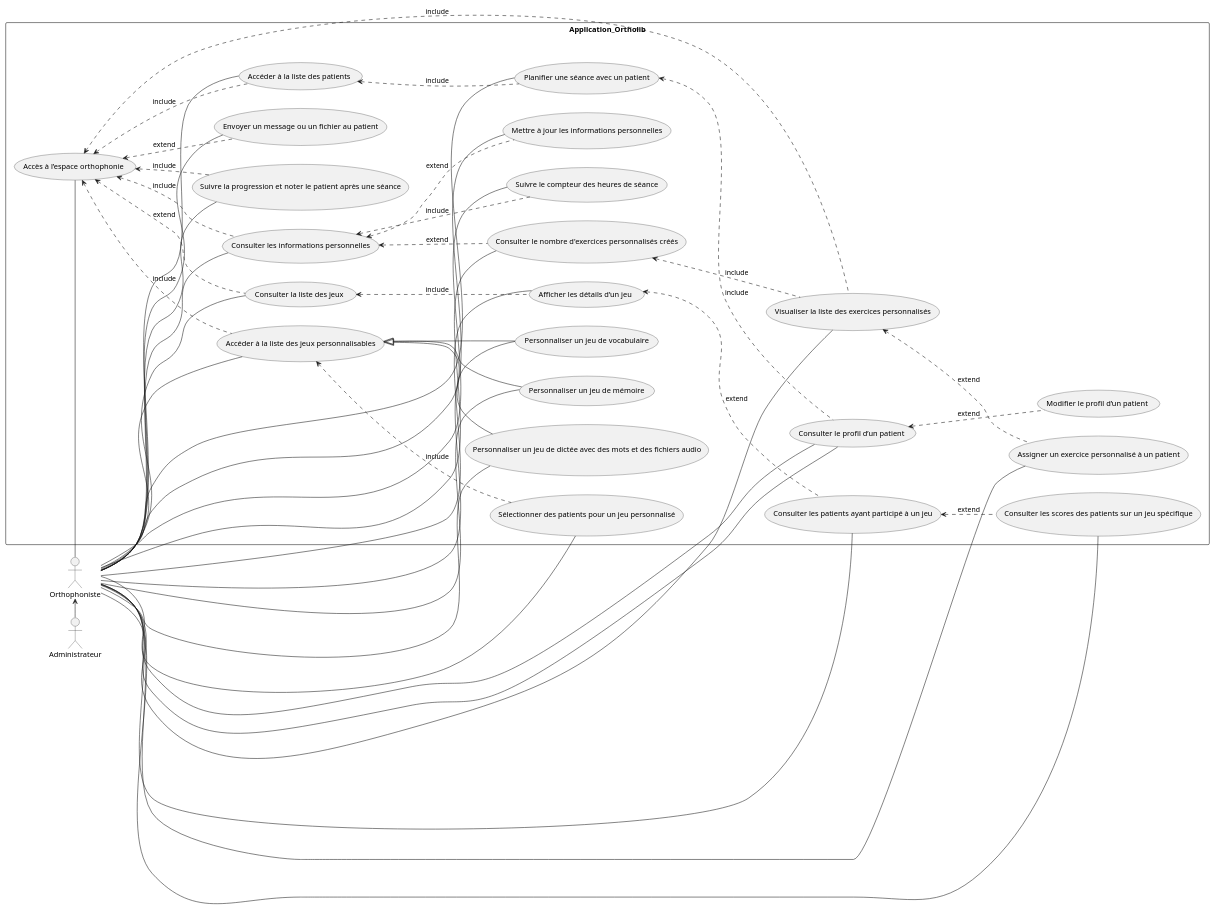
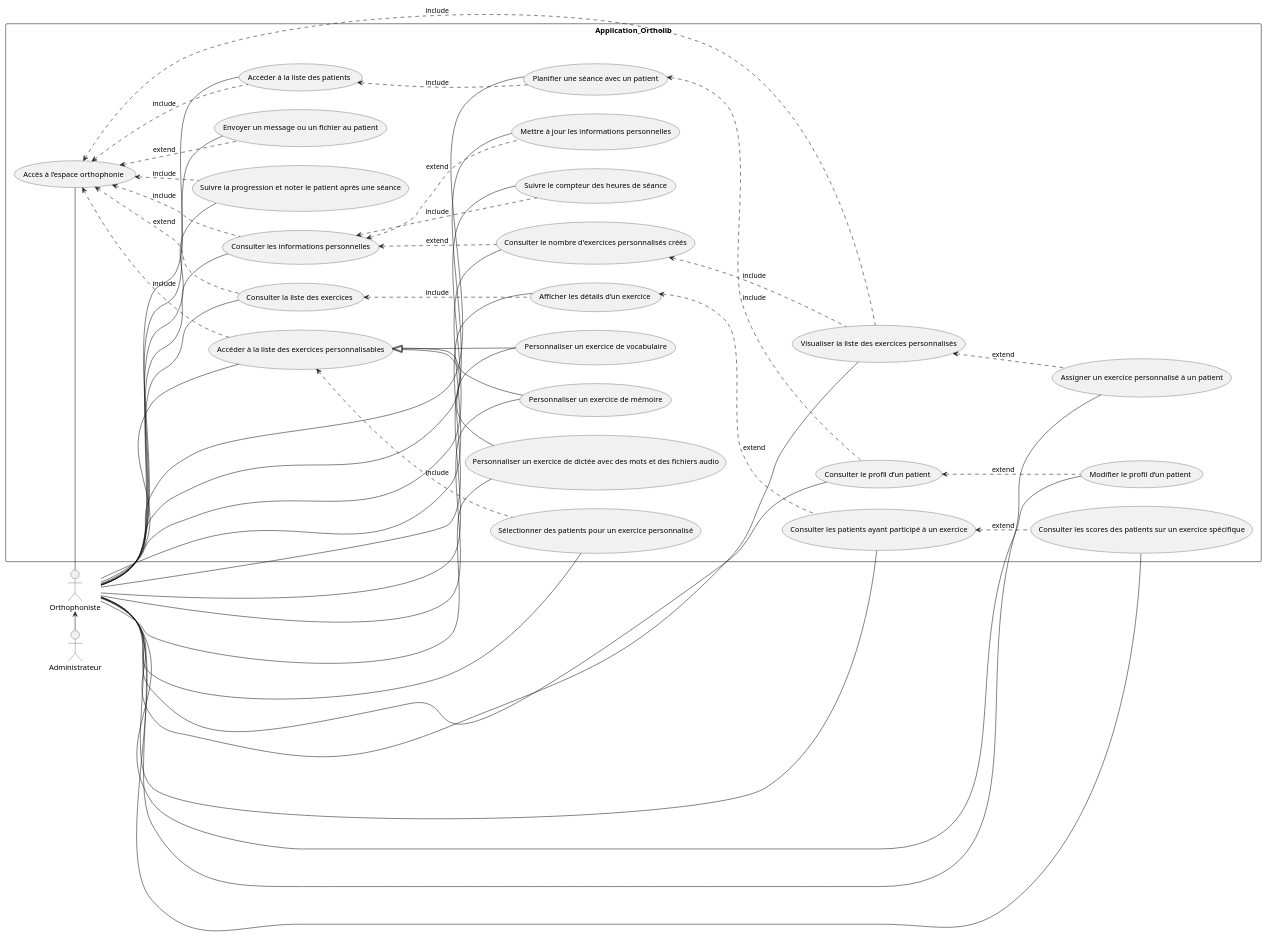
Before and after one commit to elamranibilel/Ortholib: the diagram in analyse/UML/Fonctionnel/orthophoniste/orthophoniste.wsd, drawn with PlantUML. The commit also changed 105 other files, not shown here.

```diff
--- a/analyse/UML/Fonctionnel/orthophoniste/orthophoniste.wsd
+++ b/analyse/UML/Fonctionnel/orthophoniste/orthophoniste.wsd
@@ -1,87 +1,87 @@
 @startuml Application_Orthophoniste
 
 left to right direction
 
 actor Administrateur as Admin
 actor Orthophoniste
 
 rectangle Application_Ortholib {
     usecase "Accès à l’espace orthophonie" as EspaceOrthophonie
     usecase "Accéder à la liste des patients" as AccederListePatients
     usecase "Planifier une séance avec un patient" as PlanifierSeancePatient
     usecase "Consulter le profil d’un patient" as ConsulterProfilPatient
     usecase "Modifier le profil d’un patient" as ModifierProfilPatient
     usecase "Envoyer un message ou un fichier au patient" as EnvoyerMessageFichier
     usecase "Suivre la progression et noter le patient après une séance" as SuivreProgresNoterPatient
     usecase "Consulter les informations personnelles" as ConsulterInfos
     usecase "Mettre à jour les informations personnelles" as ModifierInfos
     usecase "Suivre le compteur des heures de séance" as SuivreCompteurHeuresSeance
     usecase "Consulter le nombre d'exercices personnalisés créés" as ConsulterNombreExercicesPersonnalises
     usecase "Visualiser la liste des exercices personnalisés" as VisualiserListeExercicesPersonnalises
     usecase "Assigner un exercice personnalisé à un patient" as AssignerExercicePersonnalisePatient
-    usecase "Consulter la liste des jeux" as ConsulterListeJeux
-    usecase "Afficher les détails d’un jeu" as AfficherDetailsJeu
-    usecase "Consulter les patients ayant participé à un jeu" as ConsulterPatientsParticipeJeu
-    usecase "Consulter les scores des patients sur un jeu spécifique" as ConsulterScoresJeu
-    usecase "Accéder à la liste des jeux personnalisables" as ListeJeuxPersonnalisables
-    usecase "Personnaliser un jeu de vocabulaire" as PersonnaliserVocabulaire
-    usecase "Personnaliser un jeu de mémoire" as PersonnaliserMemoire
-    usecase "Personnaliser un jeu de dictée avec des mots et des fichiers audio" as PersonnaliserDicteeMotsAudio
-    usecase "Sélectionner des patients pour un jeu personnalisé" as SelectionnerPatientJeuPersonnalise
+    usecase "Consulter la liste des exercices" as ConsulterListeExercices
+    usecase "Afficher les détails d’un exercice" as AfficherDetailsExercice
+    usecase "Consulter les patients ayant participé à un exercice" as ConsulterPatientsExercice
+    usecase "Consulter les scores des patients sur un exercice spécifique" as ConsulterScoresExercice  
+    usecase "Accéder à la liste des exercices personnalisables" as ListeExercicesPersonnalisables
+    usecase "Personnaliser un exercice de vocabulaire" as PersonnaliserVocabulaire
+    usecase "Personnaliser un exercice de mémoire" as PersonnaliserMemoire
+    usecase "Personnaliser un exercice de dictée avec des mots et des fichiers audio" as PersonnaliserDicteeMotsAudio
+    usecase "Sélectionner des patients pour un exercice personnalisé" as SelectionnerPatientsExercice
 }
 
 /' ACTORS -- ACTORS '/
 
 Orthophoniste <- Admin
 
 /' ACTORS -- USECASES '/
 
 Orthophoniste -- EspaceOrthophonie
 Orthophoniste -- AccederListePatients
 Orthophoniste -- PlanifierSeancePatient
 Orthophoniste -- ConsulterProfilPatient
-Orthophoniste -- ConsulterProfilPatient
+Orthophoniste -- ModifierProfilPatient
 Orthophoniste -- EnvoyerMessageFichier
 Orthophoniste -- SuivreProgresNoterPatient
 Orthophoniste -- ConsulterInfos
 Orthophoniste -- ModifierInfos
 Orthophoniste -- SuivreCompteurHeuresSeance
 Orthophoniste -- ConsulterNombreExercicesPersonnalises
 Orthophoniste -- VisualiserListeExercicesPersonnalises
 Orthophoniste -- AssignerExercicePersonnalisePatient
-Orthophoniste -- ConsulterListeJeux
-Orthophoniste -- AfficherDetailsJeu
-Orthophoniste -- ConsulterPatientsParticipeJeu
-Orthophoniste -- ConsulterScoresJeu
-Orthophoniste -- ListeJeuxPersonnalisables
+Orthophoniste -- ConsulterListeExercices
+Orthophoniste -- AfficherDetailsExercice
+Orthophoniste -- ConsulterPatientsExercice
+Orthophoniste -- ConsulterScoresExercice
+Orthophoniste -- ListeExercicesPersonnalisables
 Orthophoniste -- PersonnaliserVocabulaire
 Orthophoniste -- PersonnaliserMemoire
 Orthophoniste -- PersonnaliserDicteeMotsAudio
-Orthophoniste -- SelectionnerPatientJeuPersonnalise
+Orthophoniste -- SelectionnerPatientsExercice
 
 /' USECASES -- USECASES '/
 
 EspaceOrthophonie <.. AccederListePatients : include
 AccederListePatients <.. PlanifierSeancePatient : include
 PlanifierSeancePatient <.. ConsulterProfilPatient : include
 ConsulterProfilPatient <.. ModifierProfilPatient : extend
 EspaceOrthophonie <.. EnvoyerMessageFichier : extend
 EspaceOrthophonie <.. SuivreProgresNoterPatient : include
 EspaceOrthophonie <.. ConsulterInfos : include
 ConsulterInfos <.. ModifierInfos : extend
 ConsulterInfos <.. SuivreCompteurHeuresSeance : include
 ConsulterInfos <.. ConsulterNombreExercicesPersonnalises : extend
 ConsulterNombreExercicesPersonnalises <.. VisualiserListeExercicesPersonnalises : include
 EspaceOrthophonie <.. VisualiserListeExercicesPersonnalises : include
 VisualiserListeExercicesPersonnalises <.. AssignerExercicePersonnalisePatient : extend
-EspaceOrthophonie <.. ConsulterListeJeux : extend
-ConsulterListeJeux <.. AfficherDetailsJeu : include
-AfficherDetailsJeu <.. ConsulterPatientsParticipeJeu : extend
-ConsulterPatientsParticipeJeu <.. ConsulterScoresJeu : extend
-EspaceOrthophonie <.. ListeJeuxPersonnalisables : include
-ListeJeuxPersonnalisables <|-- PersonnaliserVocabulaire 
-ListeJeuxPersonnalisables <|-- PersonnaliserMemoire 
-ListeJeuxPersonnalisables <|-- PersonnaliserDicteeMotsAudio
-ListeJeuxPersonnalisables <.. SelectionnerPatientJeuPersonnalise : include
+EspaceOrthophonie <.. ConsulterListeExercices : extend
+ConsulterListeExercices <.. AfficherDetailsExercice : include
+AfficherDetailsExercice <.. ConsulterPatientsExercice : extend
+ConsulterPatientsExercice <.. ConsulterScoresExercice : extend
+EspaceOrthophonie <.. ListeExercicesPersonnalisables : include
+ListeExercicesPersonnalisables <|-- PersonnaliserVocabulaire 
+ListeExercicesPersonnalisables <|-- PersonnaliserMemoire 
+ListeExercicesPersonnalisables <|-- PersonnaliserDicteeMotsAudio
+ListeExercicesPersonnalisables <.. SelectionnerPatientsExercice : include
 
 @enduml
```
